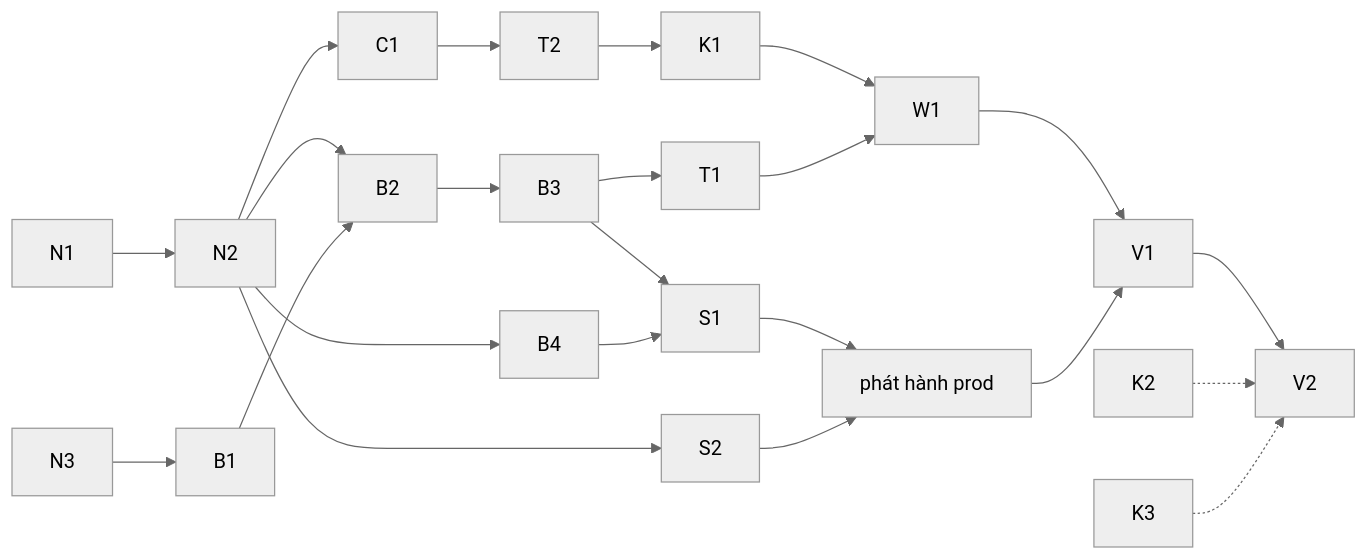
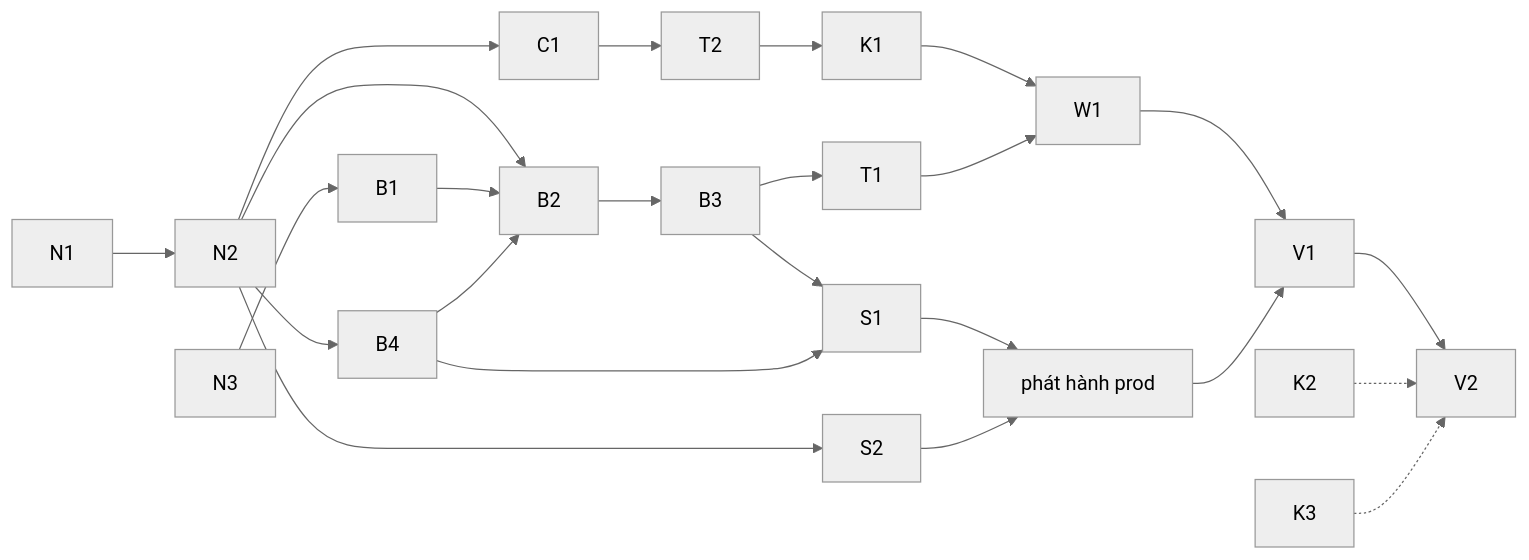
One commit to vinh466/tohe-play changed the diagram in plans/asset-studio/delivery.md. Above: the diagram before and after it, drawn with Mermaid (neutral theme). The commit also changed other lines of this file and 2 other files, not shown here.

````diff
--- a/plans/asset-studio/delivery.md
+++ b/plans/asset-studio/delivery.md
@@ -39,15 +57,16 @@
 ```mermaid
 flowchart LR
   N1 --> N2 --> B2 --> B3 --> S1
   N3 --> B1 --> B2
   N2 --> B4 --> S1
+  B4 --> B2
   N2 --> C1 --> T2 --> K1 --> W1
   B3 --> T1 --> W1
   N2 --> S2
   S1 --> rel[phát hành prod]
   S2 --> rel
   W1 --> V1
   rel --> V1 --> V2
   K2 -.-> V2
   K3 -.-> V2
 ```
````
